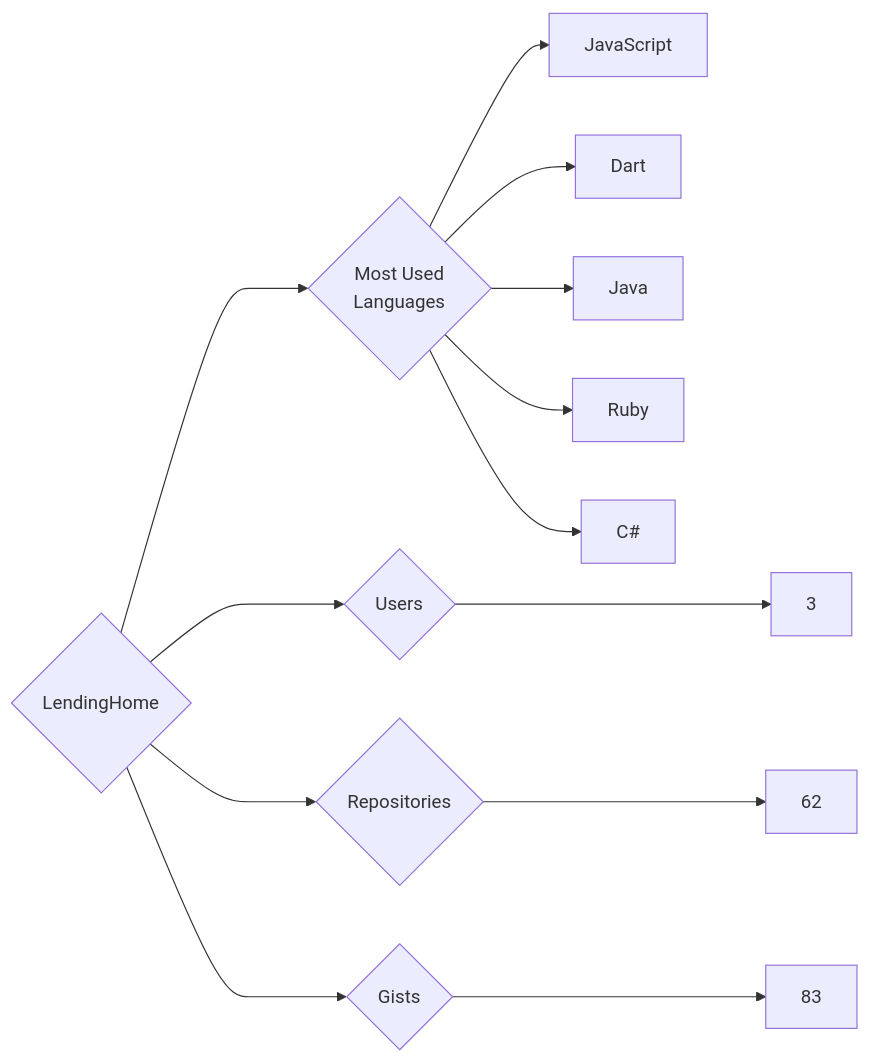
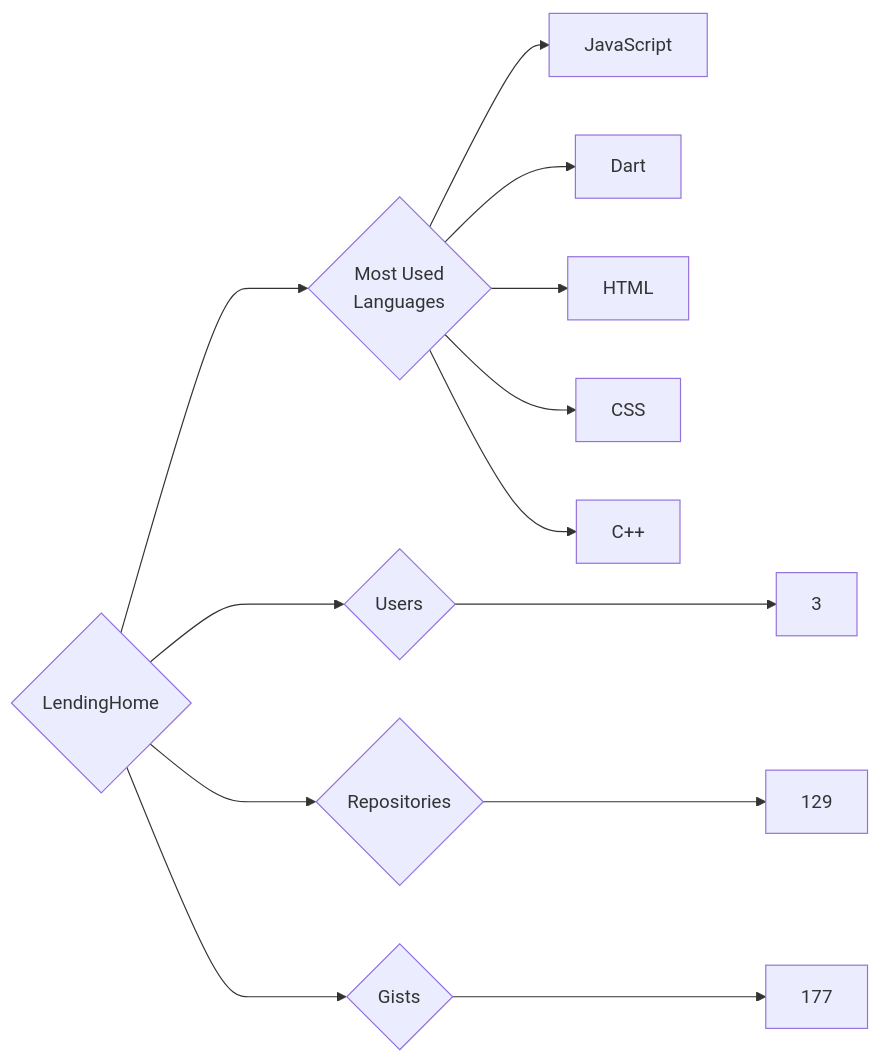
One commit to trickest/insiders changed the diagram in targets/LendingHome/README.md. Above: the diagram before and after it, drawn with Mermaid. The commit also changed 916 other files, not shown here.

````diff
--- a/targets/LendingHome/README.md
+++ b/targets/LendingHome/README.md
@@ -3,13 +3,13 @@
 ```mermaid
 graph LR
 COMPANY_NAME{LendingHome}
 COMPANY_NAME ---> U{Users} ---> UN[3]
-COMPANY_NAME ---> R{Repositories} ---> RN[62]
-COMPANY_NAME ---> G{Gists} ---> GN[83]
+COMPANY_NAME ---> R{Repositories} ---> RN[129]
+COMPANY_NAME ---> G{Gists} ---> GN[177]
 COMPANY_NAME ---> ML{Most Used<br>Languages}
 ML --> JavaScript[JavaScript]
 ML --> Dart[Dart]
-ML --> Java[Java]
-ML --> Ruby[Ruby]
-ML --> C#[C#]
+ML --> HTML[HTML]
+ML --> CSS[CSS]
+ML --> C++[C++]
 ```
````
